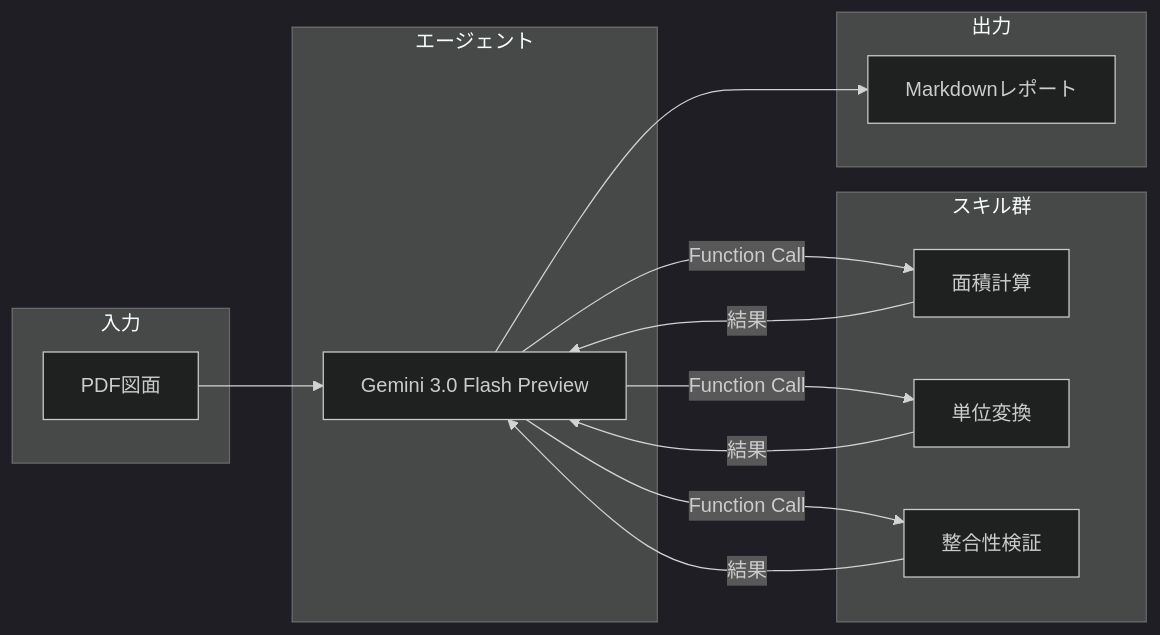
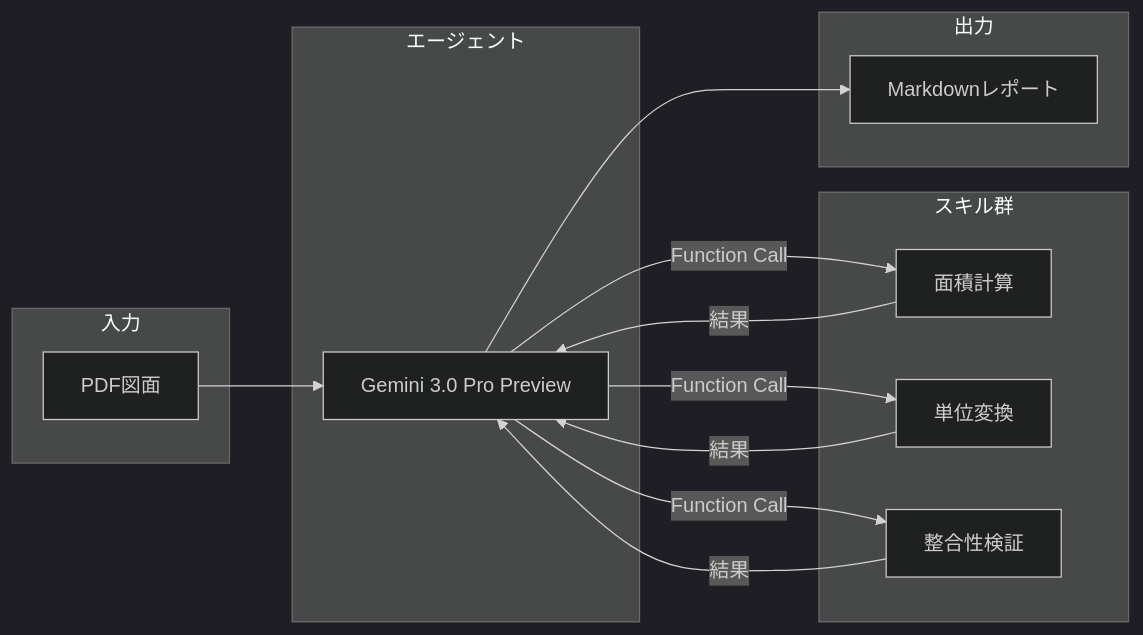
Before and after one commit to hayashi-antas/plan2table: the diagram in README.md, drawn with Mermaid (dark theme). The commit also changed other lines of this file and 1 other file, not shown here.

First line of the commit message:
docs: Update README for diagram type detection and new features

````diff
--- a/README.md
+++ b/README.md
@@ -33,29 +36,29 @@
 ```mermaid
 flowchart LR
     subgraph input [入力]
         PDF[PDF図面]
     end
     
     subgraph agent [エージェント]
-        Gemini[Gemini 3.0 Flash Preview]
+        Gemini[Gemini 3.0 Pro Preview]
     end
     
     subgraph skills [スキル群]
         Calc[面積計算]
         Convert[単位変換]
         Validate[整合性検証]
     end
     
     subgraph output [出力]
         Report[Markdownレポート]
     end
     
     PDF --> Gemini
     Gemini -->|Function Call| Calc
     Gemini -->|Function Call| Convert
     Gemini -->|Function Call| Validate
     Calc -->|結果| Gemini
     Convert -->|結果| Gemini
     Validate -->|結果| Gemini
     Gemini --> Report
 ```
````
